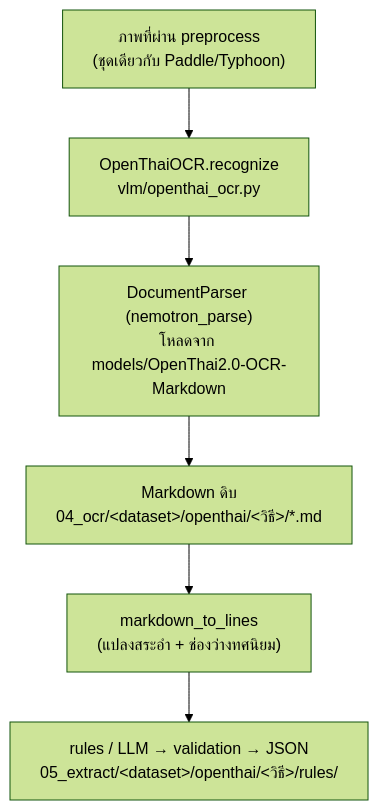
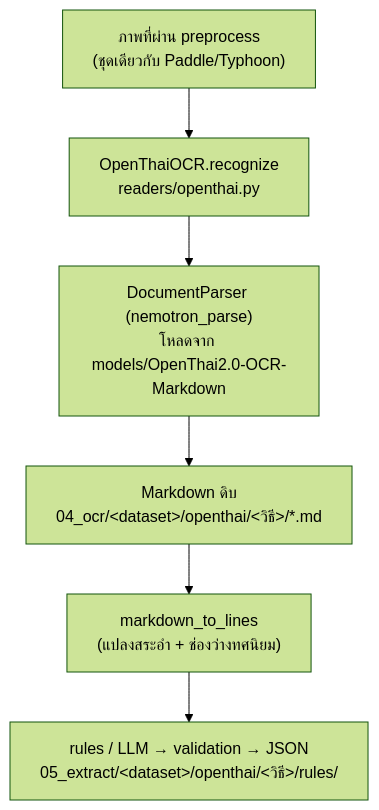
One commit to Pikcolo/fin-extractor changed the second of 2 diagrams in docs/04-openthai-ocr.md. Above: the diagram before and after it, drawn with Mermaid (forest theme). The commit also changed other lines of this file and 47 other files, not shown here.

First line of the commit message:
One readers package for every engine; drop the OCR/VLM split

````diff
--- a/docs/04-openthai-ocr.md
+++ b/docs/04-openthai-ocr.md
@@ -59,8 +59,8 @@
 ```mermaid
 flowchart TD
-    A["ภาพที่ผ่าน preprocess<br/>(ชุดเดียวกับ Paddle/Typhoon)"] --> B["OpenThaiOCR.recognize<br/>vlm/openthai_ocr.py"]
+    A["ภาพที่ผ่าน preprocess<br/>(ชุดเดียวกับ Paddle/Typhoon)"] --> B["OpenThaiOCR.recognize<br/>readers/openthai.py"]
     B --> C["DocumentParser (nemotron_parse)<br/>โหลดจาก models/OpenThai2.0-OCR-Markdown"]
     C --> D["Markdown ดิบ<br/>04_ocr/&lt;dataset&gt;/openthai/&lt;วิธี&gt;/*.md"]
     D --> E["markdown_to_lines<br/>(แปลงสระอำ + ช่องว่างทศนิยม)"]
     E --> F["rules / LLM → validation → JSON<br/>05_extract/&lt;dataset&gt;/openthai/&lt;วิธี&gt;/rules/"]
 ```
````
